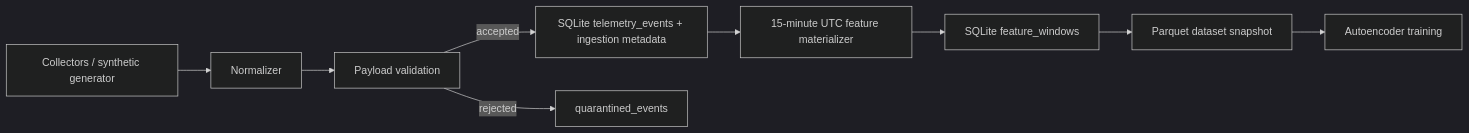
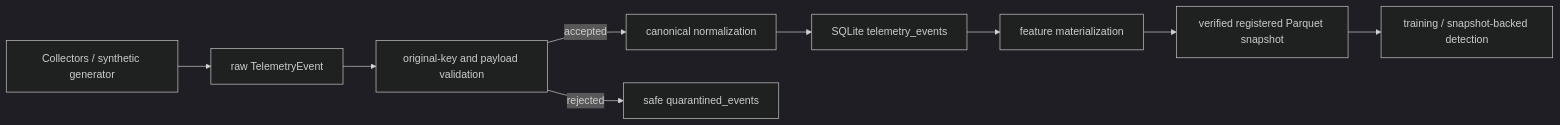
The diagram in docs/DATA_PIPELINE.md (IskhakovMA/SentinelUEBA), drawn with Mermaid (dark theme) before and after one commit. The commit also changed other lines of this file and 5 other files, not shown here.

Commit message:
Sync Stage 2 documentation with schema v6

````diff
--- a/docs/DATA_PIPELINE.md
+++ b/docs/DATA_PIPELINE.md
@@ -5,11 +5,11 @@
 ```mermaid
 flowchart LR
-  A["Collectors / synthetic generator"] --> B["Normalizer"]
-  B --> C["Payload validation"]
-  C -->|accepted| D["SQLite telemetry_events + ingestion metadata"]
-  C -->|rejected| Q["quarantined_events"]
-  D --> E["15-minute UTC feature materializer"]
-  E --> F["SQLite feature_windows"]
-  F --> G["Parquet dataset snapshot"]
-  G --> H["Autoencoder training"]
+  A["Collectors / synthetic generator"] --> B["raw TelemetryEvent"]
+  B --> C["original-key and payload validation"]
+  C -->|accepted| D["canonical normalization"]
+  D --> E["SQLite telemetry_events"]
+  C -->|rejected| Q["safe quarantined_events"]
+  E --> F["feature materialization"]
+  F --> G["verified registered Parquet snapshot"]
+  G --> H["training / snapshot-backed detection"]
 ```
````
